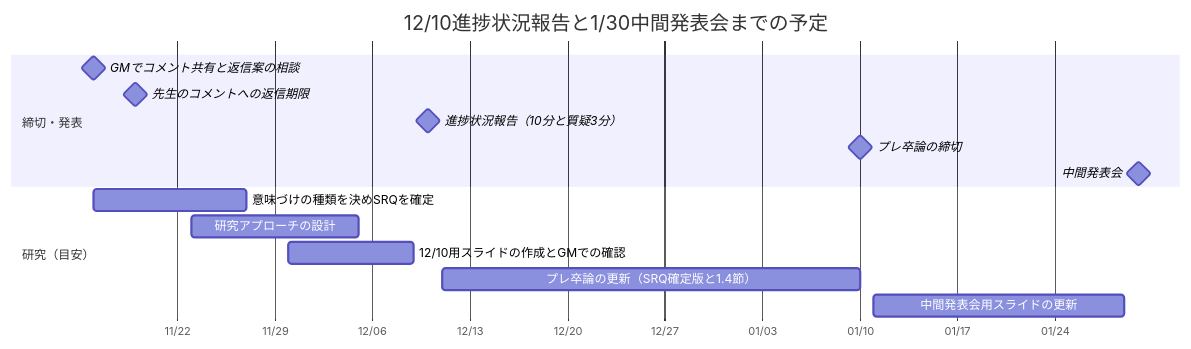
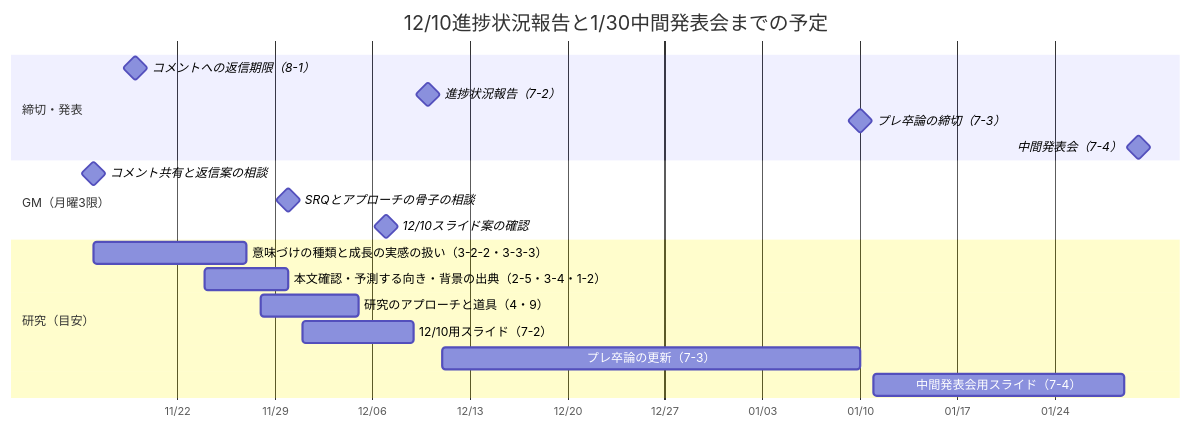
Before and after one commit to kikuchiken-waseda/sora_kitano: the fourth of 4 diagrams in GM/研究の現状と今後.md, drawn with Mermaid. The commit also changed other lines of this file, not shown here.

````diff
--- a/GM/研究の現状と今後.md
+++ b/GM/研究の現状と今後.md
@@ -214,18 +341,22 @@
 ```mermaid
 gantt
   title 12/10進捗状況報告と1/30中間発表会までの予定
   dateFormat YYYY-MM-DD
   axisFormat %m/%d
   section 締切・発表
-  GMでコメント共有と返信案の相談 :milestone, m1, 2026-11-16, 0d
-  先生のコメントへの返信期限 :milestone, m2, 2026-11-19, 0d
-  進捗状況報告（10分と質疑3分） :milestone, m3, 2026-12-10, 0d
-  プレ卒論の締切 :milestone, m4, 2027-01-10, 0d
-  中間発表会 :milestone, m5, 2027-01-30, 0d
+  コメントへの返信期限（8-1） :milestone, m1, 2026-11-19, 0d
+  進捗状況報告（7-2） :milestone, m2, 2026-12-10, 0d
+  プレ卒論の締切（7-3） :milestone, m3, 2027-01-10, 0d
+  中間発表会（7-4） :milestone, m4, 2027-01-30, 0d
+  section GM（月曜3限）
+  コメント共有と返信案の相談 :milestone, g1, 2026-11-16, 0d
+  SRQとアプローチの骨子の相談 :milestone, g2, 2026-11-30, 0d
+  12/10スライド案の確認 :milestone, g3, 2026-12-07, 0d
   section 研究（目安）
-  意味づけの種類を決めSRQを確定 :a1, 2026-11-16, 2026-11-27
-  研究アプローチの設計 :a2, 2026-11-23, 2026-12-05
-  12/10用スライドの作成とGMでの確認 :a3, 2026-11-30, 2026-12-09
-  プレ卒論の更新（SRQ確定版と1.4節） :a4, 2026-12-11, 2027-01-10
-  中間発表会用スライドの更新 :a5, 2027-01-11, 2027-01-29
+  意味づけの種類と成長の実感の扱い（3-2-2・3-3-3） :a1, 2026-11-16, 2026-11-27
+  本文確認・予測する向き・背景の出典（2-5・3-4・1-2） :a2, 2026-11-24, 2026-11-30
+  研究のアプローチと道具（4・9） :a3, 2026-11-28, 2026-12-05
+  12/10用スライド（7-2） :a4, 2026-12-01, 2026-12-09
+  プレ卒論の更新（7-3） :a5, 2026-12-11, 2027-01-10
+  中間発表会用スライド（7-4） :a6, 2027-01-11, 2027-01-29
 ```
````
